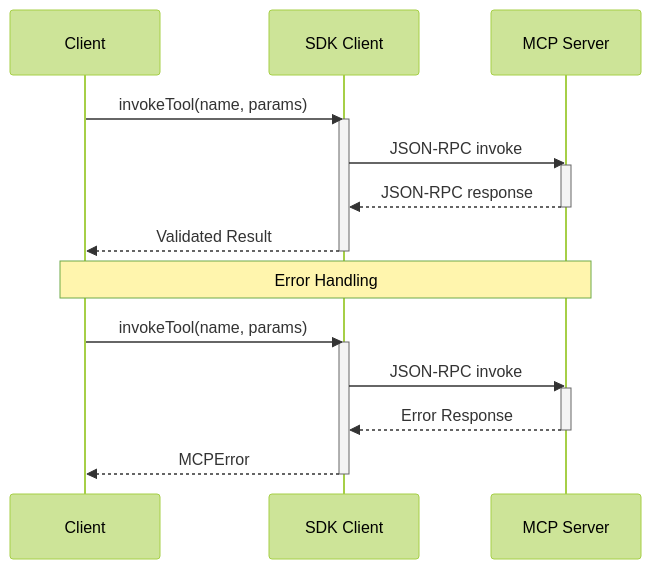
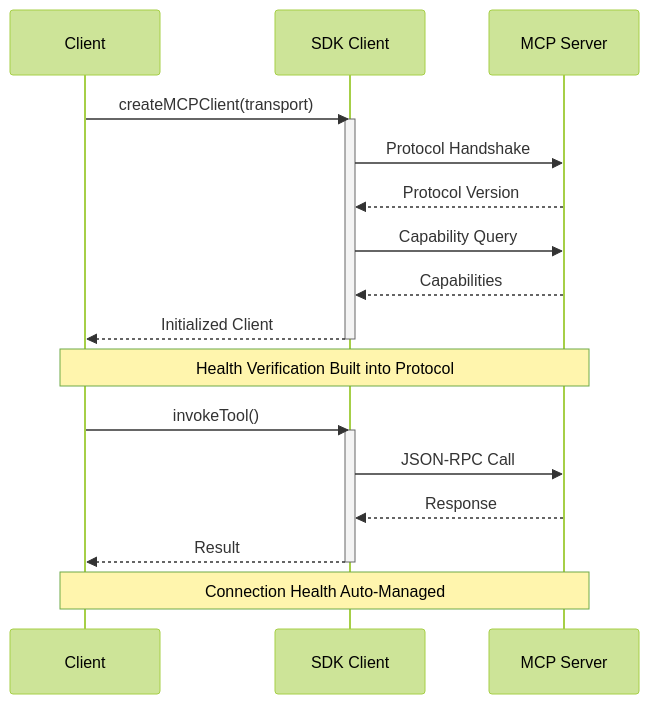
Before and after one commit to RinardNick/client_mcp: the third of 4 diagrams in dataflow.md, drawn with Mermaid (forest theme). The commit also changed other lines of this file and 2 other files, not shown here.

````diff
--- a/dataflow.md
+++ b/dataflow.md
@@ -134,25 +132,26 @@
 ```mermaid
 sequenceDiagram
     participant C as Client
     participant S as SDK Client
     participant M as MCP Server
 
-    C->>S: invokeTool(name, params)
+    C->>S: createMCPClient(transport)
     activate S
-    S->>M: JSON-RPC invoke
-    activate M
-    M-->>S: JSON-RPC response
-    deactivate M
-    S-->>C: Validated Result
+    S->>M: Protocol Handshake
+    M-->>S: Protocol Version
+    S->>M: Capability Query
+    M-->>S: Capabilities
+    S-->>C: Initialized Client
     deactivate S
 
-    Note over C,M: Error Handling
-    C->>S: invokeTool(name, params)
+    Note over C,M: Health Verification Built into Protocol
+
+    C->>S: invokeTool()
     activate S
-    S->>M: JSON-RPC invoke
-    activate M
-    M-->>S: Error Response
-    deactivate M
-    S-->>C: MCPError
+    S->>M: JSON-RPC Call
+    M-->>S: Response
+    S-->>C: Result
     deactivate S
+
+    Note over C,M: Connection Health Auto-Managed
 ```
````
